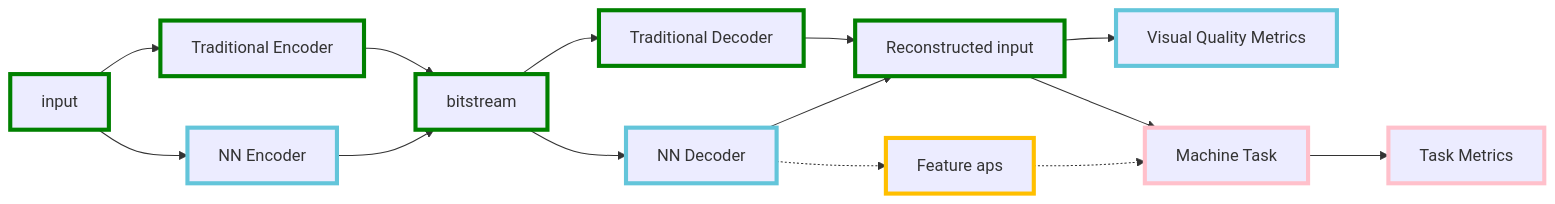
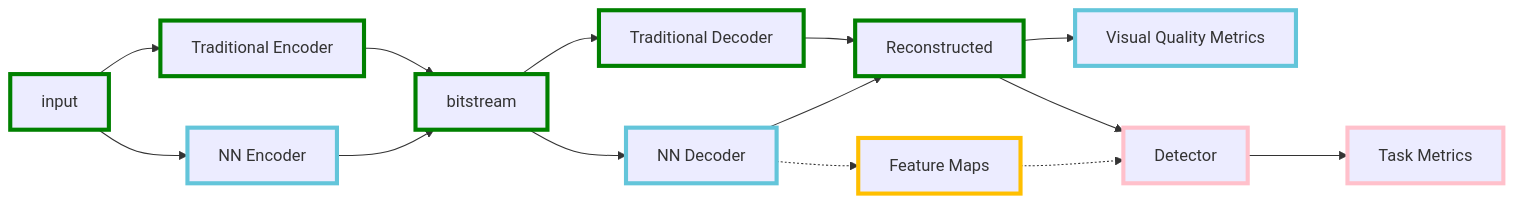
The diagram in README.md (InterDigitalInc/CompressAI-Vision), drawn with Mermaid before and after one commit. The commit also changed other lines of this file and 1 other file, not shown here.

````diff
--- a/README.md
+++ b/README.md
@@ -16,21 +10,21 @@
 ```mermaid
 graph LR
     A[input]:::other -->B
     A --> B1
     B[Traditional Encoder]:::other --> C
     B1[NN Encoder]:::cai--> C
     C[bitstream]:::other --> D
     C --> D1
     D[Traditional Decoder]:::other--> E
     D1[NN Decoder]:::cai-->E
     D1 -.-> H
-    E[Reconstructed input]:::other--> G
+    E[Reconstructed]:::other--> G
     E --> F1
     G[Visual Quality Metrics]:::cai
-    F1[Machine Task]:::cav --> G1[Task Metrics]:::cav
-    H[Feature aps]:::future -.-> F1
+    F1[Detector]:::cav --> G1[Task Metrics]:::cav
+    H[Feature Maps]:::future -.-> F1
     classDef cai stroke:#63C5DA,stroke-width:4px
     classDef cav stroke:#FFC0CB,stroke-width:4px
     classDef other stroke:#008000,stroke-width:4px
     classDef future stroke:#FFBF00,stroke-width:4px
 ```
````
